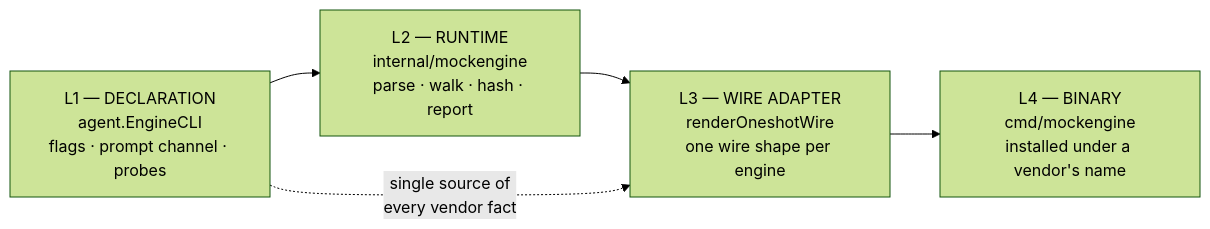
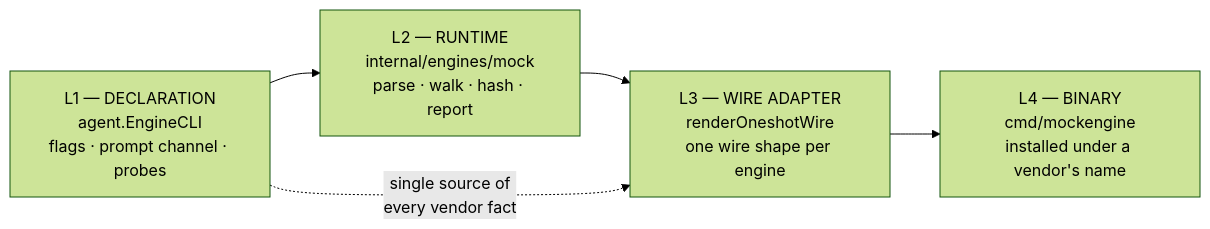
One commit to ctxloom/ctxloom changed the diagram in docs/architecture/engines/mockengine.md. Above: the diagram before and after it, drawn with Mermaid (forest theme). The commit also changed other lines of this file and 211 other files, not shown here.

First line of the commit message:
refactor(arch): move the engines ring into internal/engines

````diff
--- a/docs/architecture/engines/mockengine.md
+++ b/docs/architecture/engines/mockengine.md
@@ -16,9 +16,9 @@
 ```mermaid
 flowchart LR
     L1["L1 — DECLARATION<br/>agent.EngineCLI<br/>flags · prompt channel · probes"]
-    L2["L2 — RUNTIME<br/>internal/mockengine<br/>parse · walk · hash · report"]
+    L2["L2 — RUNTIME<br/>internal/engines/mock<br/>parse · walk · hash · report"]
     L3["L3 — WIRE ADAPTER<br/>renderOneshotWire<br/>one wire shape per engine"]
     L4["L4 — BINARY<br/>cmd/mockengine<br/>installed under a vendor's name"]
     L1 --> L2 --> L3 --> L4
     L1 -.->|"single source of<br/>every vendor fact"| L3
 ```
````
